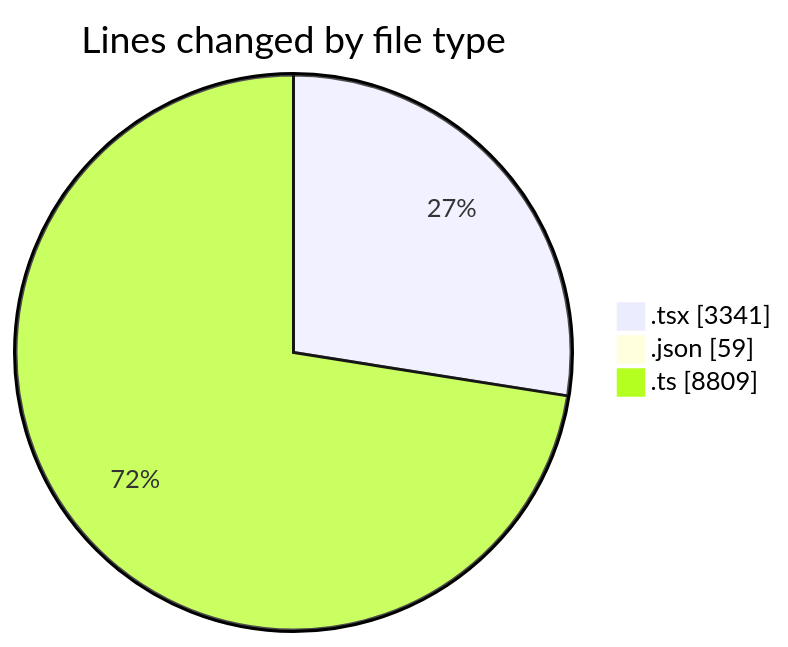
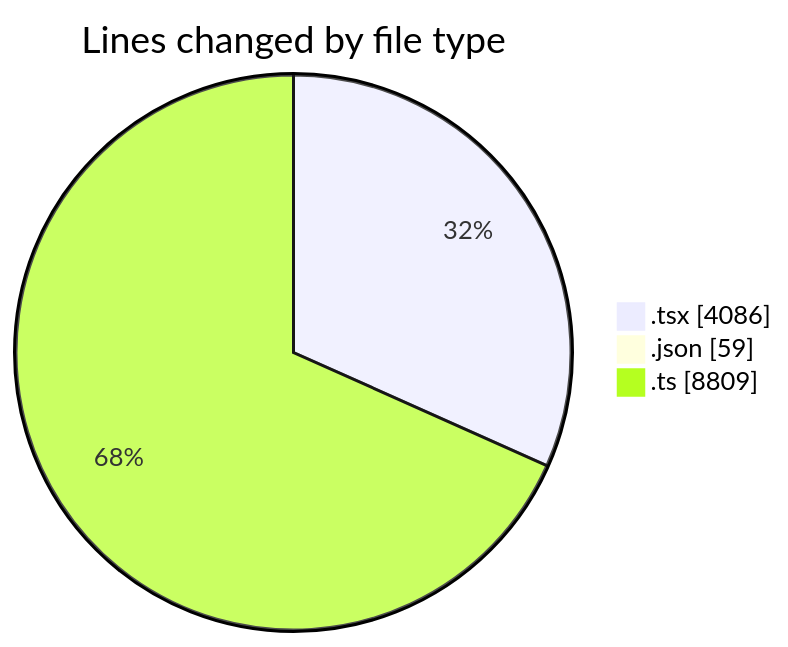
Before and after one commit to momahboobian/code-tracking: the first of 2 diagrams in 2025-11-24/cda/README.md, drawn with Mermaid. The commit also changed other lines of this file and 1 other file, not shown here.

````diff
--- a/2025-11-24/cda/README.md
+++ b/2025-11-24/cda/README.md
@@ -34,7 +34,7 @@
 ```mermaid
 pie showData
 title Lines changed by file type
-".tsx" : 3341
+".tsx" : 4086
 ".json" : 59
 ".ts" : 8809
 ```
````
